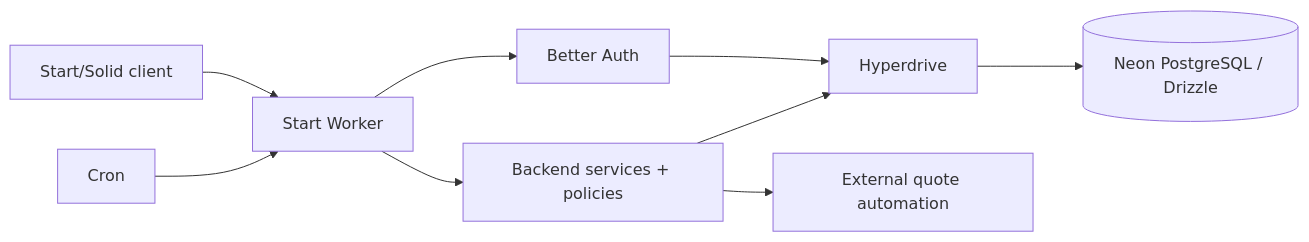
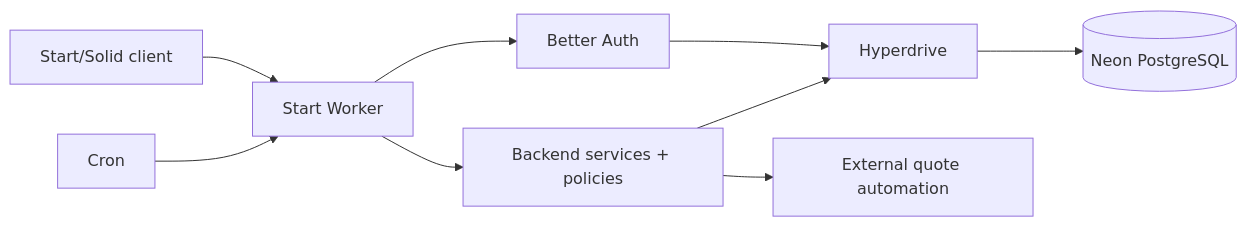
The diagram in docs/ARCHITECTURE.md (voltcrash/caret), drawn with Mermaid before and after one commit.

Commit message:
docs(architecture): keep Drizzle out of the database node
Drizzle runs in the Worker, upstream of Hyperdrive.

````diff
--- a/docs/ARCHITECTURE.md
+++ b/docs/ARCHITECTURE.md
@@ -131,11 +131,11 @@
 ```mermaid
 flowchart LR
   Browser[Start/Solid client] --> Worker[Start Worker]
   Worker --> Services[Backend services + policies]
   Worker --> Auth[Better Auth]
   Auth --> Hyperdrive[Hyperdrive]
   Services --> Hyperdrive
-  Hyperdrive --> Postgres[(Neon PostgreSQL / Drizzle)]
+  Hyperdrive --> Postgres[(Neon PostgreSQL)]
   Cron[Cron] --> Worker
   Services --> Bridge[External quote automation]
 ```
````
